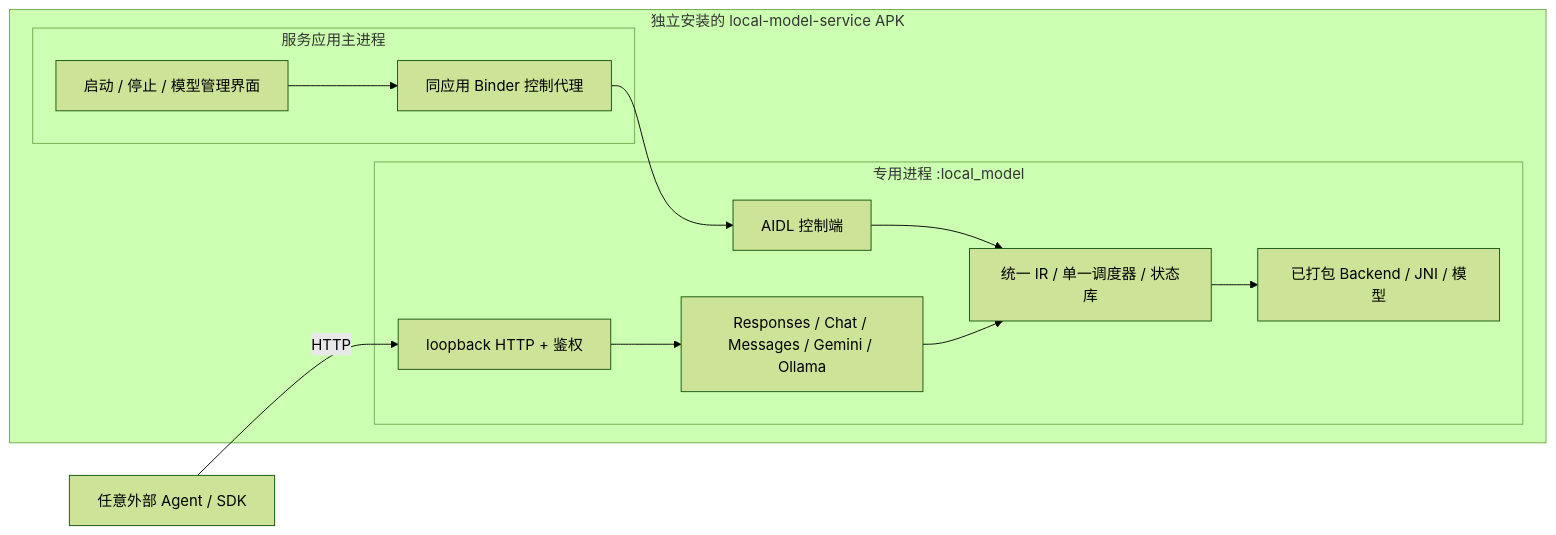
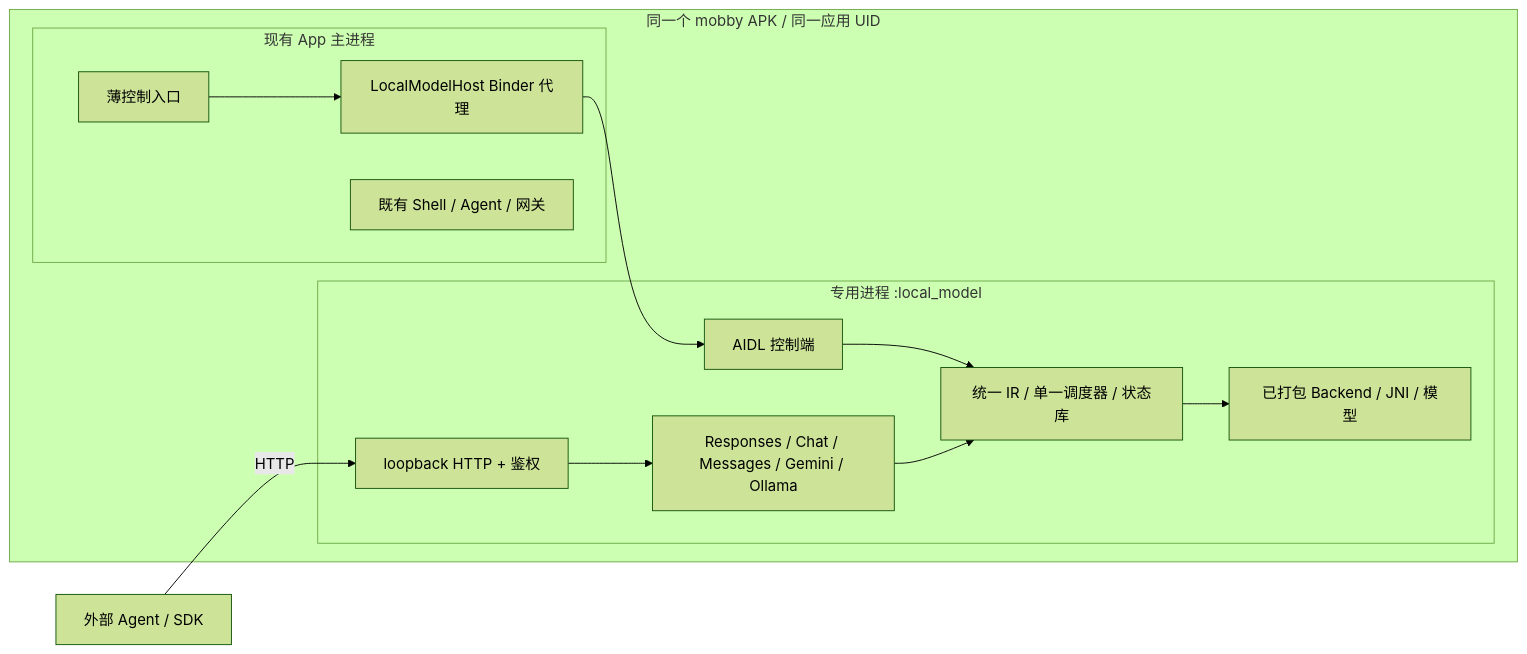
The diagram in docs/design/local-model-runtime.md (ytlog/mobby), drawn with Mermaid (forest theme) before and after one commit. The commit also changed other lines of this file and 3 other files, not shown here.

Commit message:
docs: embed local model service in app process boundary

````diff
--- a/docs/design/local-model-runtime.md
+++ b/docs/design/local-model-runtime.md
@@ -111,21 +104,22 @@
 ```mermaid
 flowchart LR
-    subgraph ServiceApp[独立安装的 local-model-service APK]
-        subgraph Main[服务应用主进程]
-            UI[启动 / 停止 / 模型管理界面]
-            Control[同应用 Binder 控制代理]
-            UI --> Control
+    subgraph APK[同一个 mobby APK / 同一应用 UID]
+        subgraph Main[现有 App 主进程]
+            UI[薄控制入口]
+            Proxy[LocalModelHost Binder 代理]
+            UI --> Proxy
+            Existing[既有 Shell / Agent / 网关]
         end
         subgraph Worker[专用进程 :local_model]
-            Binder[AIDL 控制端]
+            Control[AIDL 控制端]
             HTTP[loopback HTTP + 鉴权]
             Codec[Responses / Chat / Messages / Gemini / Ollama]
             Core[统一 IR / 单一调度器 / 状态库]
             Engine[已打包 Backend / JNI / 模型]
-            Binder --> Core
+            Control --> Core
             HTTP --> Codec --> Core --> Engine
         end
-        Control --> Binder
+        Proxy --> Control
     end
-    Agent[任意外部 Agent / SDK] -->|HTTP| HTTP
+    Client[外部 Agent / SDK] -->|HTTP| HTTP
 ```
````
